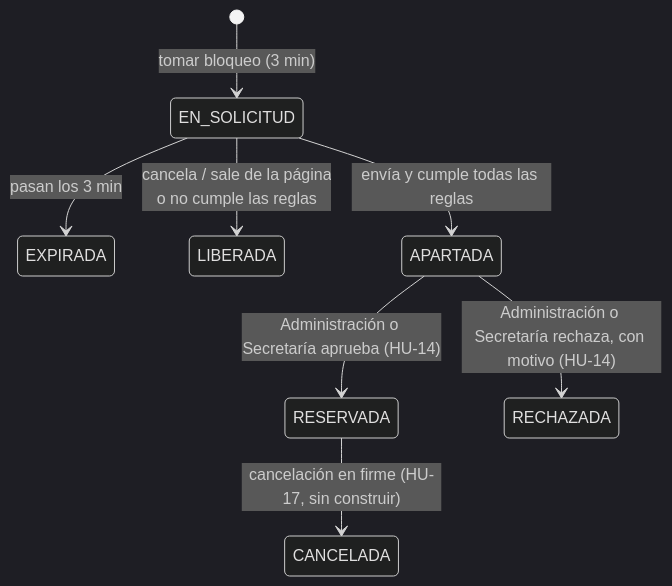
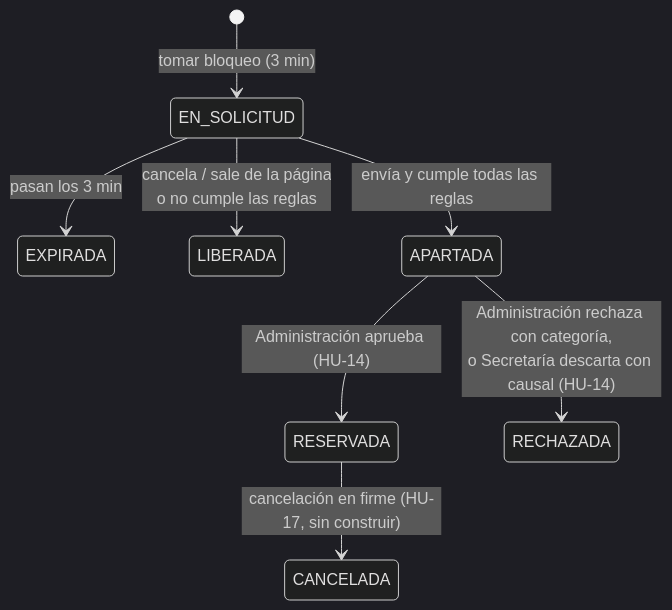
Before and after one commit to ZeroFour-04/Admind_Documentacion: the second of 2 diagrams in 05_Modulos/reservas.md, drawn with Mermaid (dark theme). The commit also changed other lines of this file and 11 other files, not shown here.

````diff
--- a/05_Modulos/reservas.md
+++ b/05_Modulos/reservas.md
@@ -137,10 +138,10 @@
 ```mermaid
 stateDiagram-v2
     [*] --> EN_SOLICITUD: tomar bloqueo (3 min)
     EN_SOLICITUD --> EXPIRADA: pasan los 3 min
     EN_SOLICITUD --> LIBERADA: cancela / sale de la página<br/>o no cumple las reglas
     EN_SOLICITUD --> APARTADA: envía y cumple todas las reglas
-    APARTADA --> RESERVADA: Administración o Secretaría aprueba (HU-14)
-    APARTADA --> RECHAZADA: Administración o Secretaría rechaza, con motivo (HU-14)
+    APARTADA --> RESERVADA: Administración aprueba (HU-14)
+    APARTADA --> RECHAZADA: Administración rechaza con categoría,<br/>o Secretaría descarta con causal (HU-14)
     RESERVADA --> CANCELADA: cancelación en firme (HU-17, sin construir)
 ```
````
